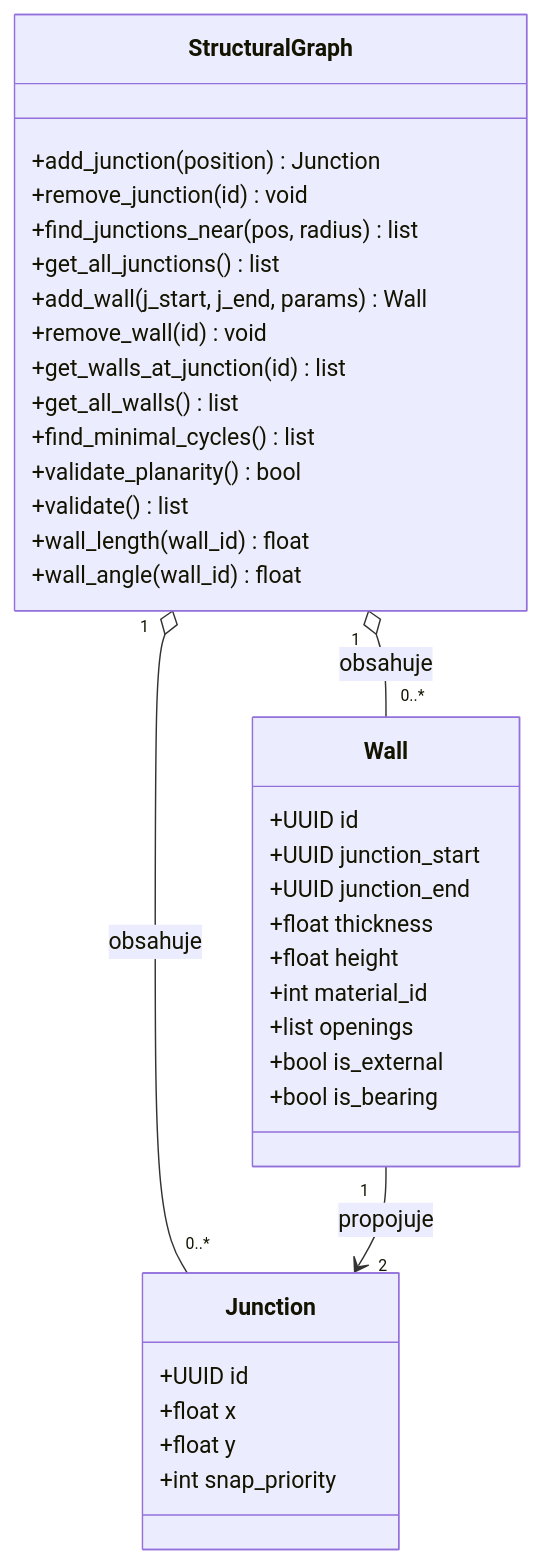
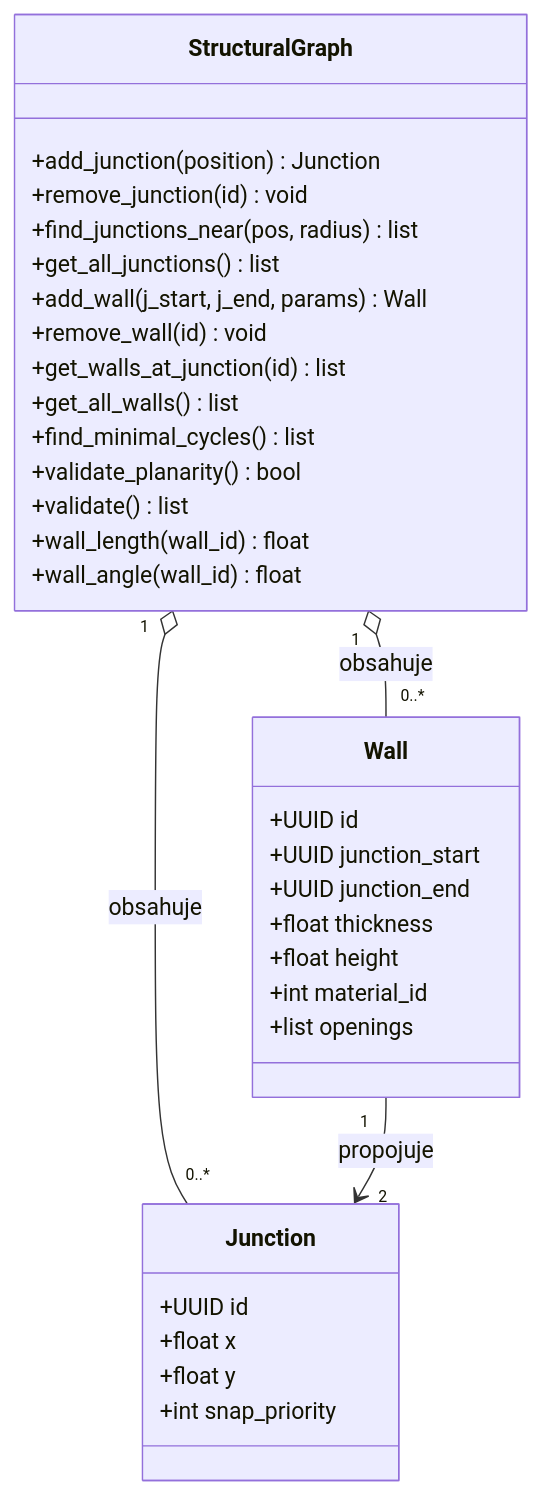
Before and after one commit to TheGingeros/floorplanmaster: the diagram in docs/sections/03_Design/03_data_model_layer1.md, drawn with Mermaid. The commit also changed 3 other files, not shown here.

````diff
--- a/docs/sections/03_Design/03_data_model_layer1.md
+++ b/docs/sections/03_Design/03_data_model_layer1.md
@@ -6,38 +6,36 @@
 ```mermaid
 classDiagram
     class Junction {
         +UUID id
         +float x
         +float y
         +int snap_priority
     }
     class Wall {
         +UUID id
         +UUID junction_start
         +UUID junction_end
         +float thickness
         +float height
         +int material_id
         +list openings
-        +bool is_external
-        +bool is_bearing
     }
     class StructuralGraph {
         +add_junction(position) Junction
         +remove_junction(id) void
         +find_junctions_near(pos, radius) list
         +get_all_junctions() list
         +add_wall(j_start, j_end, params) Wall
         +remove_wall(id) void
         +get_walls_at_junction(id) list
         +get_all_walls() list
         +find_minimal_cycles() list
         +validate_planarity() bool
         +validate() list
         +wall_length(wall_id) float
         +wall_angle(wall_id) float
     }
     StructuralGraph "1" o-- "0..*" Junction : obsahuje
     StructuralGraph "1" o-- "0..*" Wall : obsahuje
     Wall "1" --> "2" Junction : propojuje
 ```
````
